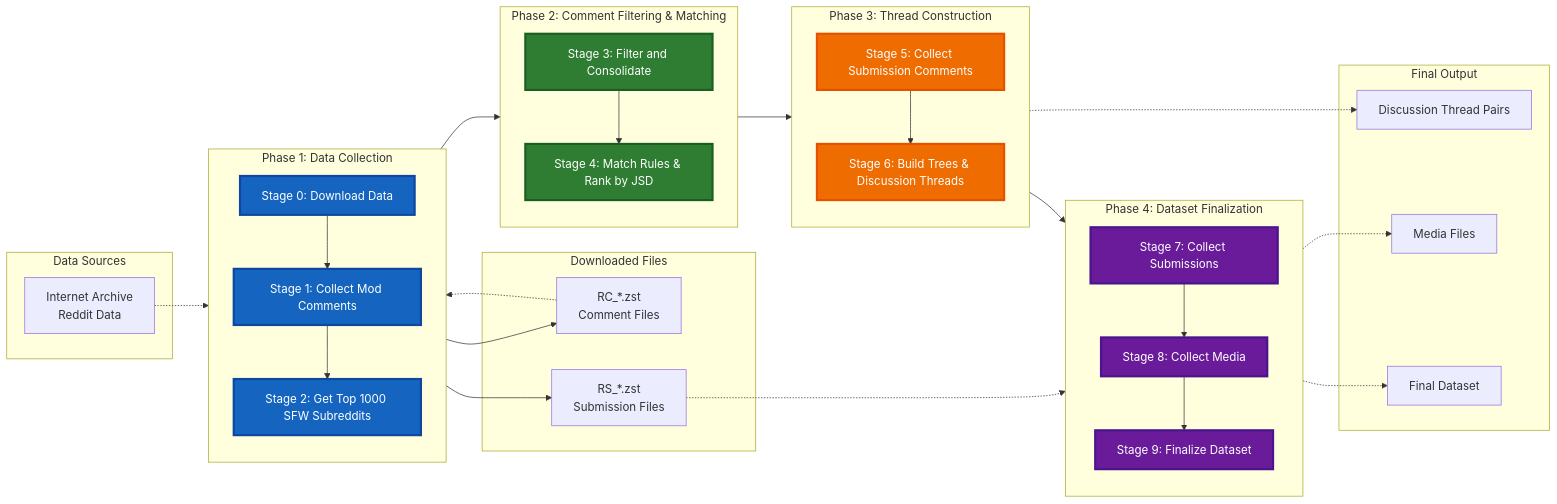
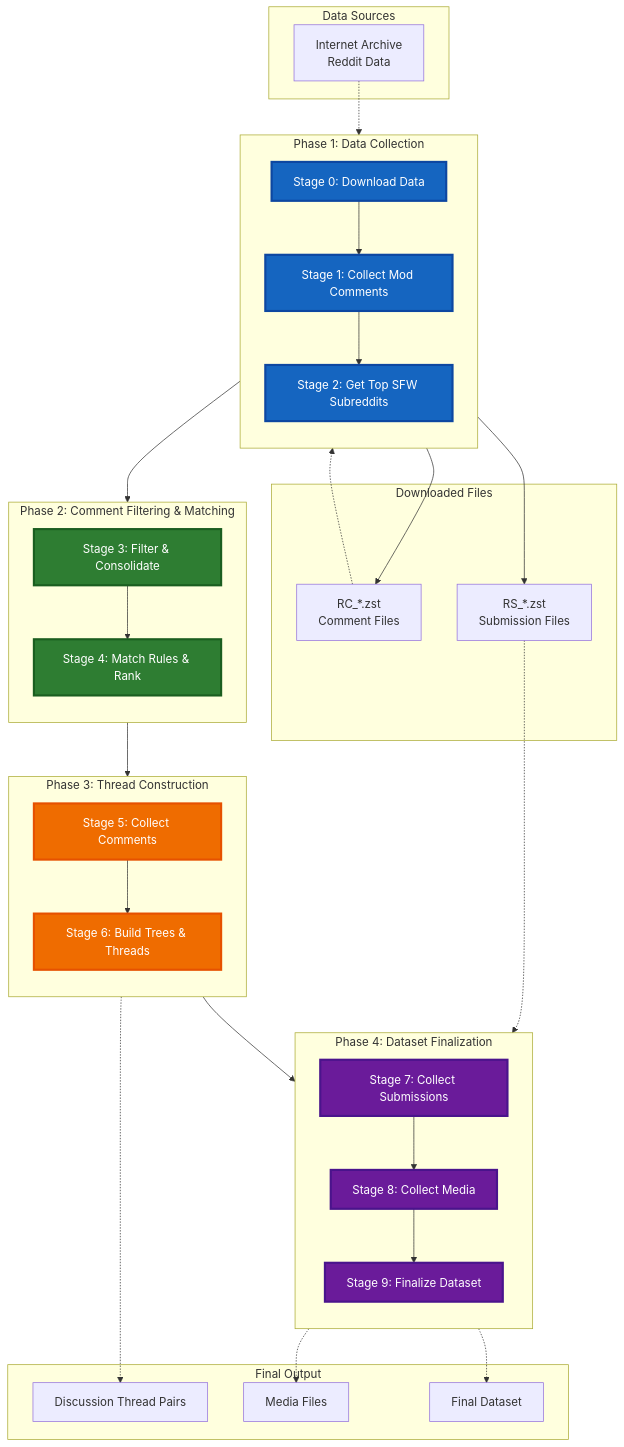
Before and after one commit to Zoher15/PluRule: the diagram in README.md, drawn with Mermaid.

Commit message:
Make pipeline diagram more compact
- Change back to vertical layout (TD) for better readability
- Increase font size back to 16px for better visibility
- Shorten stage labels to reduce diagram size:
  - Stage 2: Remove '1000' from label
  - Stage 3: Use '&' instead of 'and'
  - Stage 4: Remove 'by JSD' suffix
  - Stage 5: Shorten to 'Collect Comments'
  - Stage 6: Shorten to 'Build Trees & Threads'

````diff
--- a/README.md
+++ b/README.md
@@ -23,66 +23,66 @@
 ```mermaid
-flowchart LR
+flowchart TD
     subgraph P1 ["Phase&nbsp;1:&nbsp;Data&nbsp;Collection"]
         direction TB
         A[Stage 0: Download Data]:::phase1
         B[Stage 1: Collect Mod Comments]:::phase1
-        C[Stage 2: Get Top 1000 SFW Subreddits]:::phase1
+        C[Stage 2: Get Top SFW Subreddits]:::phase1
         A --> B --> C
     end
 
     subgraph P2 ["Phase&nbsp;2:&nbsp;Comment&nbsp;Filtering&nbsp;&&nbsp;Matching"]
         direction TB
-        D[Stage 3: Filter and Consolidate]:::phase2
-        E[Stage 4: Match Rules & Rank by JSD]:::phase2
+        D[Stage 3: Filter & Consolidate]:::phase2
+        E[Stage 4: Match Rules & Rank]:::phase2
         D --> E
     end
 
     subgraph P3 ["Phase&nbsp;3:&nbsp;Thread&nbsp;Construction"]
         direction TB
-        F[Stage 5: Collect Submission Comments]:::phase3
-        G[Stage 6: Build Trees & Discussion Threads]:::phase3
+        F[Stage 5: Collect Comments]:::phase3
+        G[Stage 6: Build Trees & Threads]:::phase3
         F --> G
     end
 
     subgraph P4 ["Phase&nbsp;4:&nbsp;Dataset&nbsp;Finalization"]
         direction TB
         H[Stage 7: Collect Submissions]:::phase4
         I[Stage 8: Collect Media]:::phase4
         J[Stage 9: Finalize Dataset]:::phase4
         H --> I --> J
     end
 
     C --> D
     E --> F
     G --> H
 
     subgraph Sources ["Data Sources"]
         K[Internet Archive<br/>Reddit Data]
     end
 
     subgraph Files ["Downloaded Files"]
         L[RC_*.zst<br/>Comment Files]
         M[RS_*.zst<br/>Submission Files]
     end
 
     subgraph Output ["Final Output"]
         N[Discussion Thread Pairs]
         O[Media Files]
         P[Final Dataset]
     end
 
     K -.-> A
     A --> L
     A --> M
     L -.-> B
     M -.-> H
     G -.-> N
     I -.-> O
     J -.-> P
 
     classDef phase1 fill:#1565c0,stroke:#0d47a1,stroke-width:3px,color:#ffffff,font-size:16px
     classDef phase2 fill:#2e7d32,stroke:#1b5e20,stroke-width:3px,color:#ffffff,font-size:16px
     classDef phase3 fill:#ef6c00,stroke:#e65100,stroke-width:3px,color:#ffffff,font-size:16px
     classDef phase4 fill:#6a1b9a,stroke:#4a148c,stroke-width:3px,color:#ffffff,font-size:16px
     classDef default font-size:16px
 ```
````
